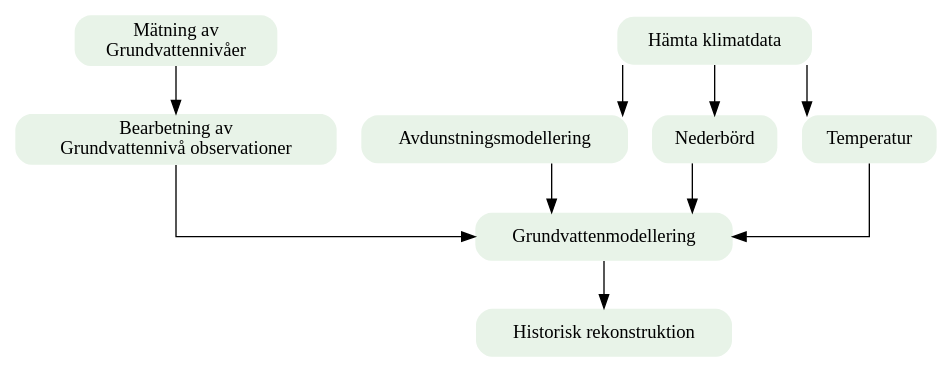
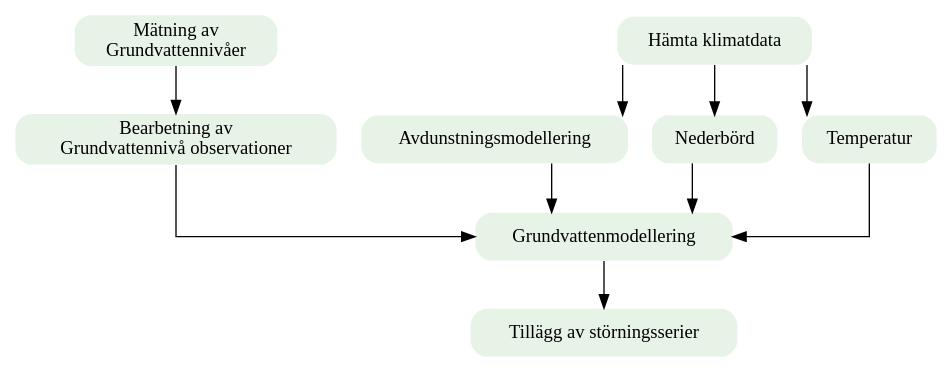
Before and after one commit to ezra-haaf/Hydrogeologiska-storningar: the diagram in handledning/flowcharts/varnarhur1.rst, drawn with Graphviz.

Commit message:
update flow chart

```diff
--- a/handledning/flowcharts/varnarhur1.rst
+++ b/handledning/flowcharts/varnarhur1.rst
@@ -15,27 +15,27 @@
 .. graphviz::
 
    digraph G {
      rankdir=TD;
      splines=ortho;
      node [shape=box, style="rounded,filled", fillcolor="#e8f3e8", penwidth=0];
 
      GWMAT [label="Mätning av\nGrundvattennivåer"]; 
      GWOBS [label="Bearbetning av\nGrundvattennivå observationer"];
      KLIMAT [label="Hämta klimatdata", URL="../examples/klimatdata.html", target="_top"];
      AVD    [label="Avdunstningsmodellering", URL="../examples/avdunstning.html", target="_top"];
-     GWMOD  [label="Grundvattenmodellering", URL="../examples/kalibrering.html", target="_top"];
-     HIST   [label="Historisk rekonstruktion", URL="../examples/hindcasting.html", target="_top"];
+     GWMOD  [label="Grundvattenmodellering", URL="../examples/tunnel1_gbg.html", target="_top"];
+     ADD1   [label="Tillägg av störningsserier", URL="../examples/tunnel2_gbg.html", target="_top"];
      NED    [label="Nederbörd", URL="../examples/nederbord.html", target="_top"];
      TEMP   [label="Temperatur", URL="../examples/temperatur.html", target="_top"];
 
 
      KLIMAT -> AVD;
      GWMAT -> GWOBS;
      GWOBS -> GWMOD;
      AVD -> GWMOD;
-     GWMOD -> HIST;
+     GWMOD -> ADD1;
      KLIMAT -> NED;
      NED -> GWMOD;
      KLIMAT -> TEMP;
      TEMP -> GWMOD;
    }
```
